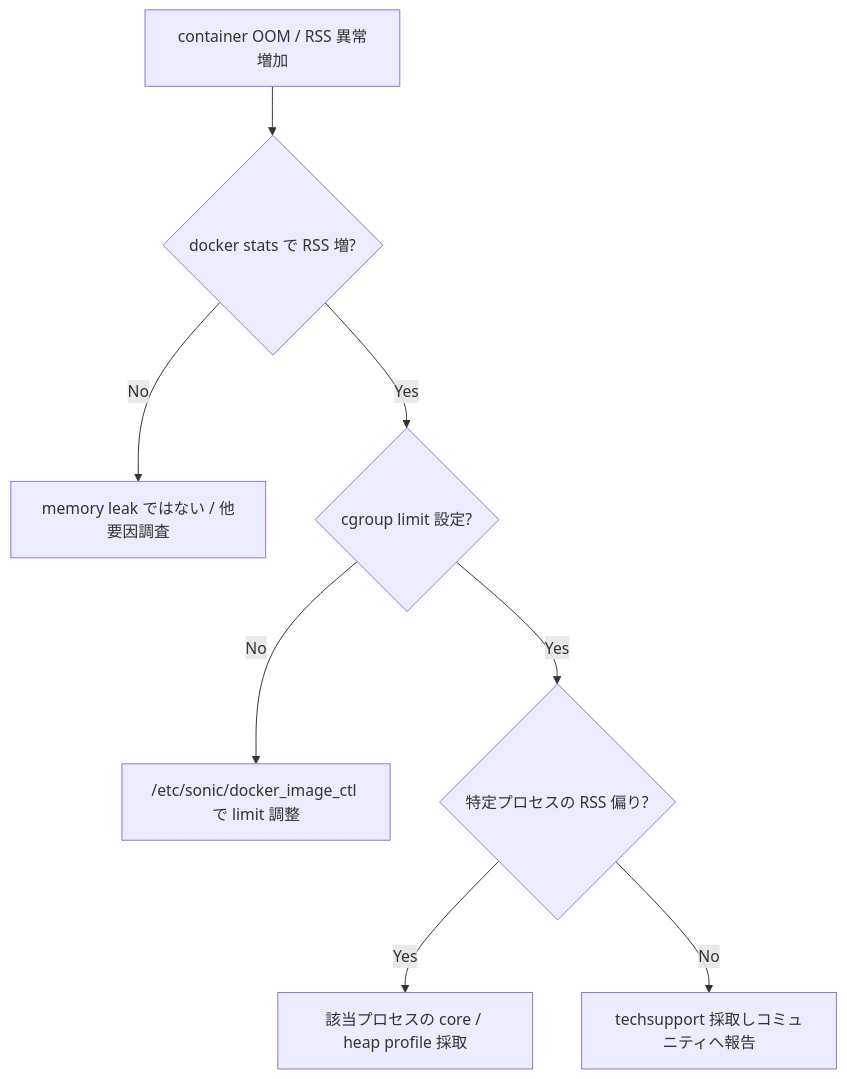
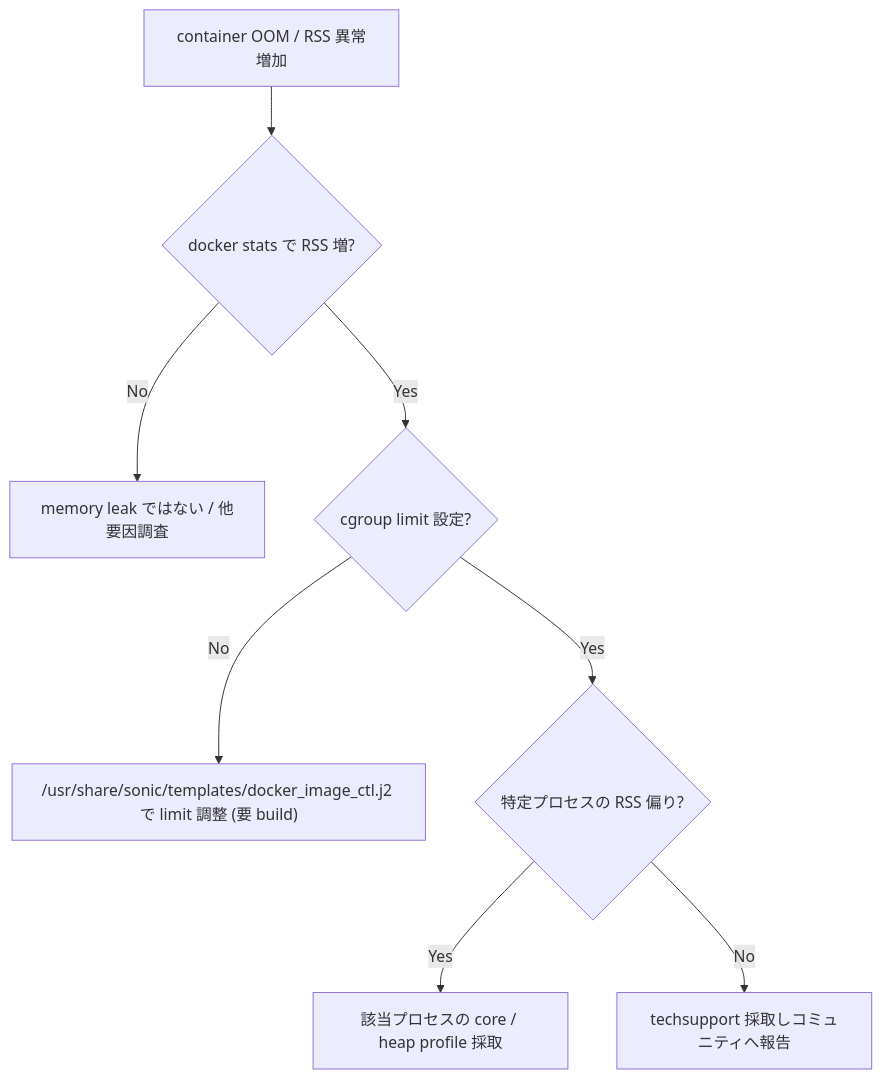
The diagram in docs/reference/runbooks/container-memory-limit-exceeded.md (aoki-taquan/sonic-unofficial-docs), drawn with Mermaid before and after one commit. The commit also changed other lines of this file and 1 other file, not shown here.

Commit message:
review(batch-127): fix typo and incorrect docker template path in runbooks
- config-save-load: fix "ユーザが" → "ユーザーが" (modern Japanese orthography)
- container-memory-limit-exceeded: correct docker image ctl path from non-existent
  `/etc/sonic/docker_image_ctl` and `/usr/share/sonic/templates/<container>/docker-image-create.sh`
  to actual `/usr/share/sonic/templates/docker_image_ctl.j2` (sonic-buildimage source)

````diff
--- a/docs/reference/runbooks/container-memory-limit-exceeded.md
+++ b/docs/reference/runbooks/container-memory-limit-exceeded.md
@@ -41,10 +41,10 @@
 ```mermaid
 flowchart TD
     A["container OOM / RSS 異常増加"] --> B{docker stats で RSS 増?}
     B -- No --> B1["memory leak ではない / 他要因調査"]
     B -- Yes --> C{cgroup limit 設定?}
-    C -- No --> C1["/etc/sonic/docker_image_ctl で limit 調整"]
+    C -- No --> C1["/usr/share/sonic/templates/docker_image_ctl.j2 で limit 調整 (要 build)"]
     C -- Yes --> D{特定プロセスの RSS 偏り?}
     D -- Yes --> D1["該当プロセスの core / heap profile 採取"]
     D -- No --> E[techsupport 採取しコミュニティへ報告]
 ```
````
